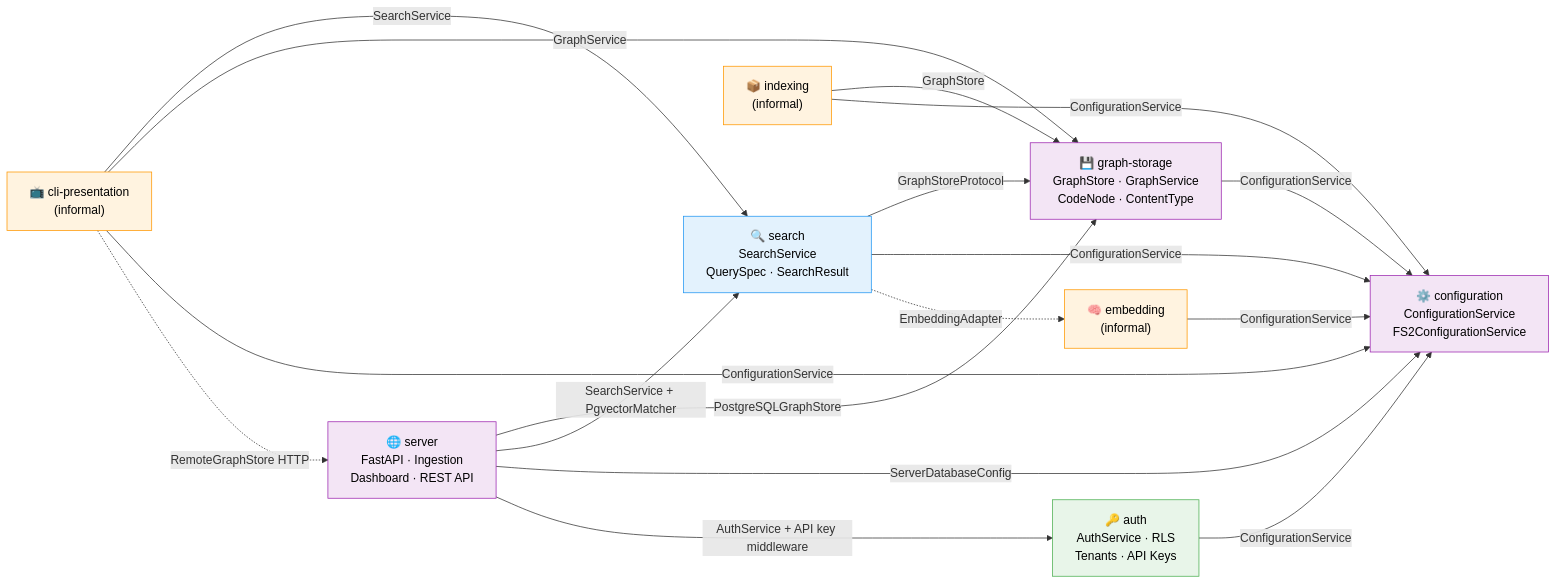
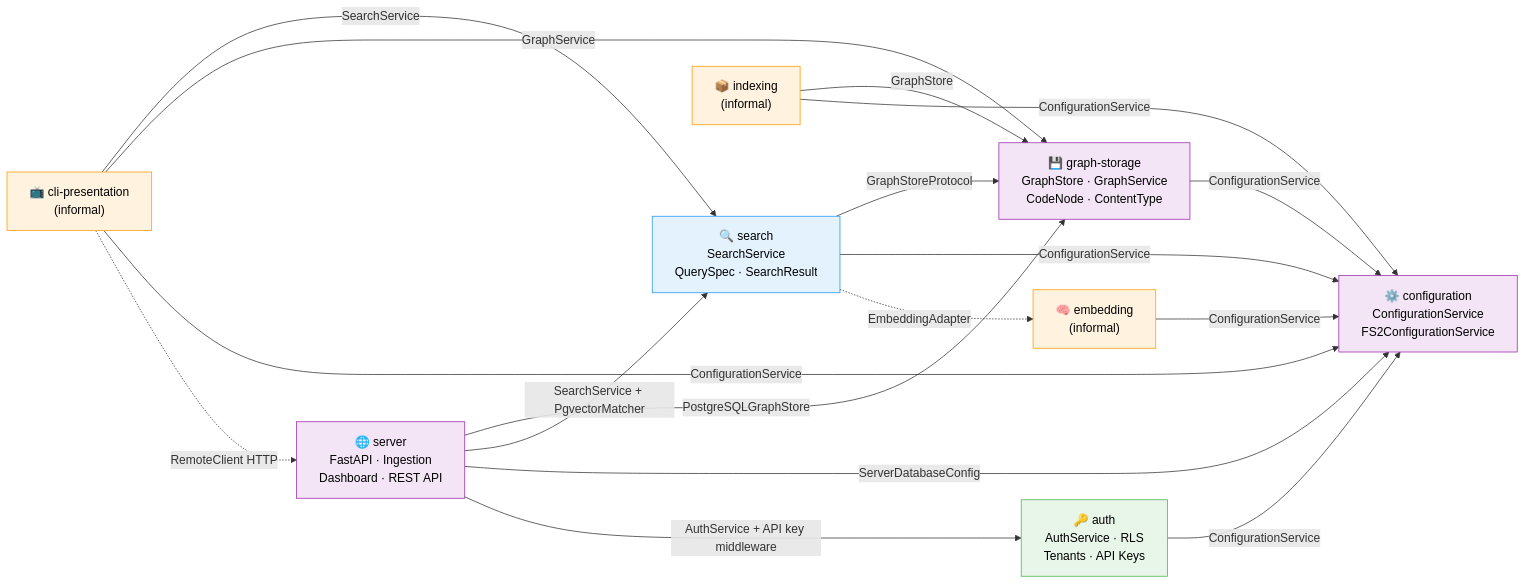
One commit to AI-Substrate/flow_squared changed the diagram in docs/domains/domain-map.md. Above: the diagram before and after it, drawn with Mermaid. The commit also changed other lines of this file and 12 other files, not shown here.

````diff
--- a/docs/domains/domain-map.md
+++ b/docs/domains/domain-map.md
@@ -6,43 +6,43 @@
 ```mermaid
 flowchart LR
     classDef business fill:#E3F2FD,stroke:#2196F3,color:#000
     classDef infra fill:#F3E5F5,stroke:#9C27B0,color:#000
     classDef new fill:#FFF3E0,stroke:#FF9800,color:#000
     classDef planned fill:#E8F5E9,stroke:#4CAF50,color:#000
 
     %% Infrastructure domains
     config["⚙️ configuration\nConfigurationService\nFS2ConfigurationService"]:::infra
     graphstore["💾 graph-storage\nGraphStore · GraphService\nCodeNode · ContentType"]:::infra
 
     %% Business domains
     search["🔍 search\nSearchService\nQuerySpec · SearchResult"]:::business
 
     %% NEW planned domains (028-server-mode)
     server["🌐 server\nFastAPI · Ingestion\nDashboard · REST API"]:::infra
     auth["🔑 auth\nAuthService · RLS\nTenants · API Keys"]:::planned
 
     %% Informal domains (not yet extracted)
     cli["📺 cli-presentation\n(informal)"]:::new
     indexing["📦 indexing\n(informal)"]:::new
     embedding["🧠 embedding\n(informal)"]:::new
 
     %% Contract dependencies (existing)
     search -->|GraphStoreProtocol| graphstore
     search -->|ConfigurationService| config
     search -.->|EmbeddingAdapter| embedding
     graphstore -->|ConfigurationService| config
     cli -->|SearchService| search
     cli -->|GraphService| graphstore
     cli -->|ConfigurationService| config
     indexing -->|GraphStore| graphstore
     indexing -->|ConfigurationService| config
     embedding -->|ConfigurationService| config
 
     %% NEW dependencies (028-server-mode)
     server -->|PostgreSQLGraphStore| graphstore
     server -->|SearchService + PgvectorMatcher| search
     server -->|ServerDatabaseConfig| config
     server -->|AuthService + API key middleware| auth
     auth -->|ConfigurationService| config
-    cli -.->|RemoteGraphStore HTTP| server
+    cli -.->|RemoteClient HTTP| server
 ```
````
